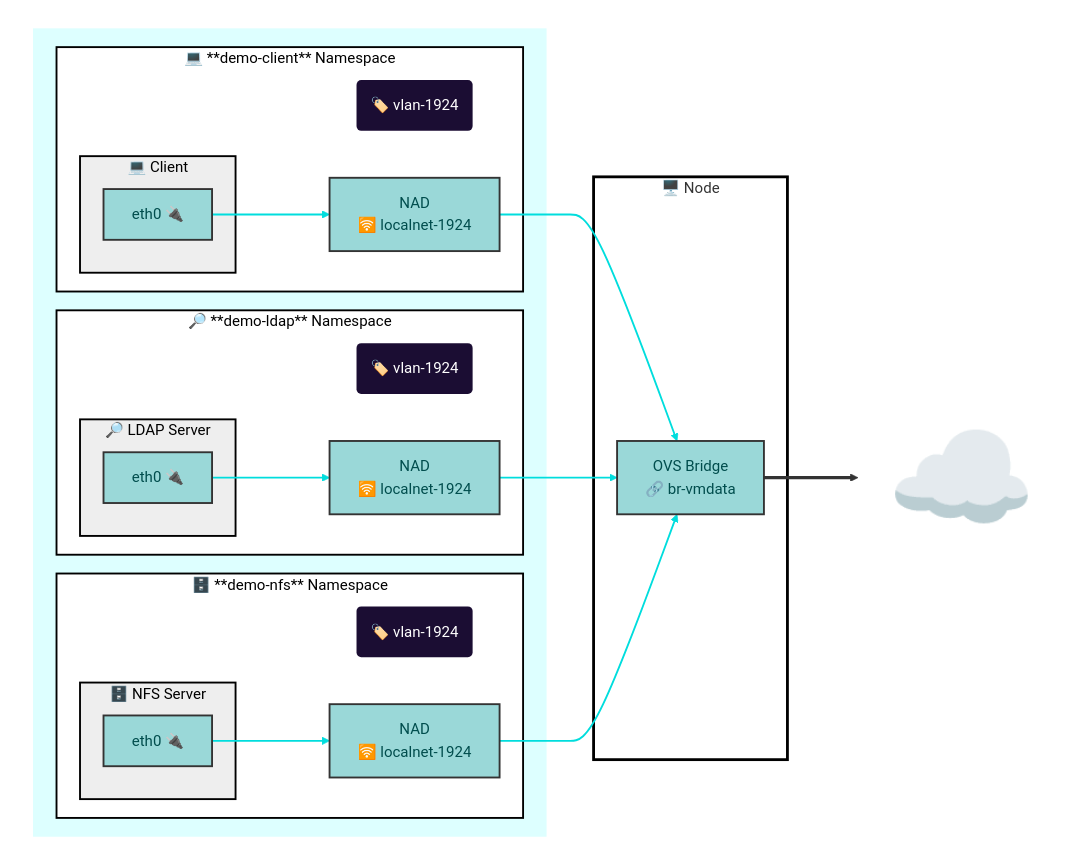
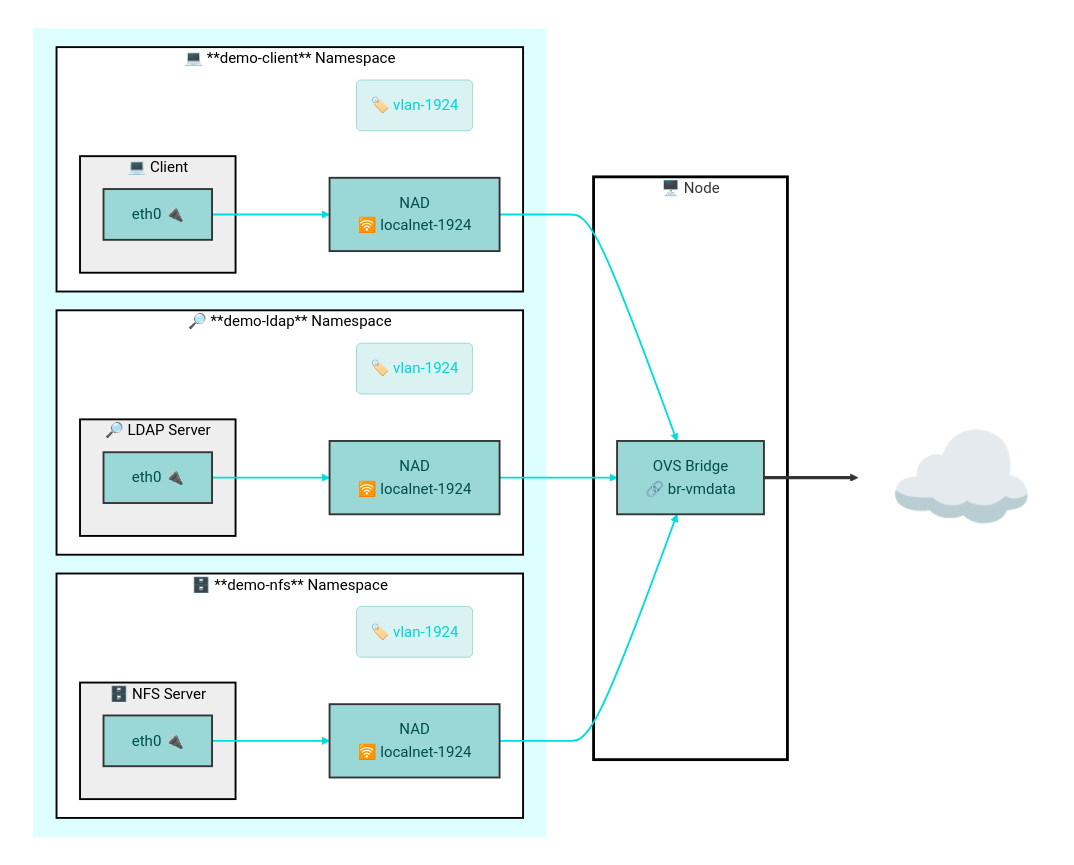
One commit to dlbewley/demo-rhone-26 changed the sixth of 7 diagrams in README.md. Above: the diagram before and after it, drawn with Mermaid. The commit also changed other lines of this file, not shown here.

````diff
--- a/README.md
+++ b/README.md
@@ -307,76 +307,77 @@
 ```mermaid
 graph LR;
     subgraph Cluster[" "]
 
       subgraph Project[" "]
         subgraph ns-nfs["🗄️ **demo-nfs** Namespace"]
           label-nfs("🏷️ vlan-1924")
           nad-1924-nfs[NAD<br> 🛜 localnet-1924]
           subgraph vm-nfs["🗄️ NFS Server"]
               nfs-eth0[eth0 🔌]
           end
         end
 
         subgraph ns-ldap["🔎 **demo-ldap** Namespace"]
           label-ldap("🏷️ vlan-1924")
           nad-1924-ldap[NAD<br> 🛜 localnet-1924]
           subgraph vm-ldap["🔎 LDAP Server"]
               ldap-eth0[eth0 🔌]
           end
         end
 
         subgraph ns-client["💻 **demo-client** Namespace"]
           label-client("🏷️ vlan-1924")
           nad-1924-client[NAD<br> 🛜 localnet-1924]
           subgraph vm-client["💻 Client"]
               client-eth0[eth0 🔌]
           end
         end
 
       end
 
       subgraph node1["🖥️ Node "]
         br-vmdata[ OVS Bridge<br> 🔗 br-vmdata]:::vlan-1924;
       end
     end
 
     nfs-eth0    ---> nad-1924-nfs
     ldap-eth0   ---> nad-1924-ldap
     client-eth0 ---> nad-1924-client
 
 
     nad-1924-client --> br-vmdata
     nad-1924-ldap   --> br-vmdata
     nad-1924-nfs    --> br-vmdata
 
 
     linkStyle 0,1,2,3,4,5 stroke:#00dddd,stroke-width:2px;
 
     Internet["☁️ "]:::Internet
     br-vmdata ==> Internet
 
     classDef vm-eth fill:#00ffff,color:#00f,stroke:#444,stroke-width:1px;
     class client-eth0,ldap-eth0,nfs-eth0 vm-eth;
 
     classDef bond1 fill:#9ad8d8,color:#004d4d,stroke:#333,stroke-width:2px
     class nad-1924-client,nad-1924-ldap,nad-1924-nfs,br-vmdata,physnet-vmdata bond1
     class client-eth0,ldap-eth0,nfs-eth0 bond1
 
-    classDef labels stroke-width:0px,color:#fff,fill:#1B0D33;
+    classDef xlabels stroke-width:0px,color:#fff,fill:#1B0D33;
+    classDef labels stroke-width:1px,stroke:#9ad8d8,color:#00d4d4,fill:#daf2f2;
     class label-client,label-ldap,label-nfs labels;
 
     style Cluster color:#000,fill:#fff,stroke:#333,stroke-width:0px;
     style Project color:#000,fill:#dff,stroke:#333,stroke-width:0px;
     style Internet fill:none,stroke-width:0px,font-size:+2em;
 
     classDef vm color:#000,fill:#eee,stroke:#000,stroke-width:2px
     class vm-client,vm-ldap,vm-nfs vm
 
     classDef nodes fill:#fff,stroke:#000,stroke-width:3px;
     class node1 nodes;
 
     classDef namespace color:#000,fill:#fff,stroke:#000,stroke-width:2px;
     class ns-nfs,ns-client,ns-ldap namespace;
 
     classDef nad-1924 fill:#00ffff,color:#00f,stroke:#333,stroke-width:1px;
 ```
````
